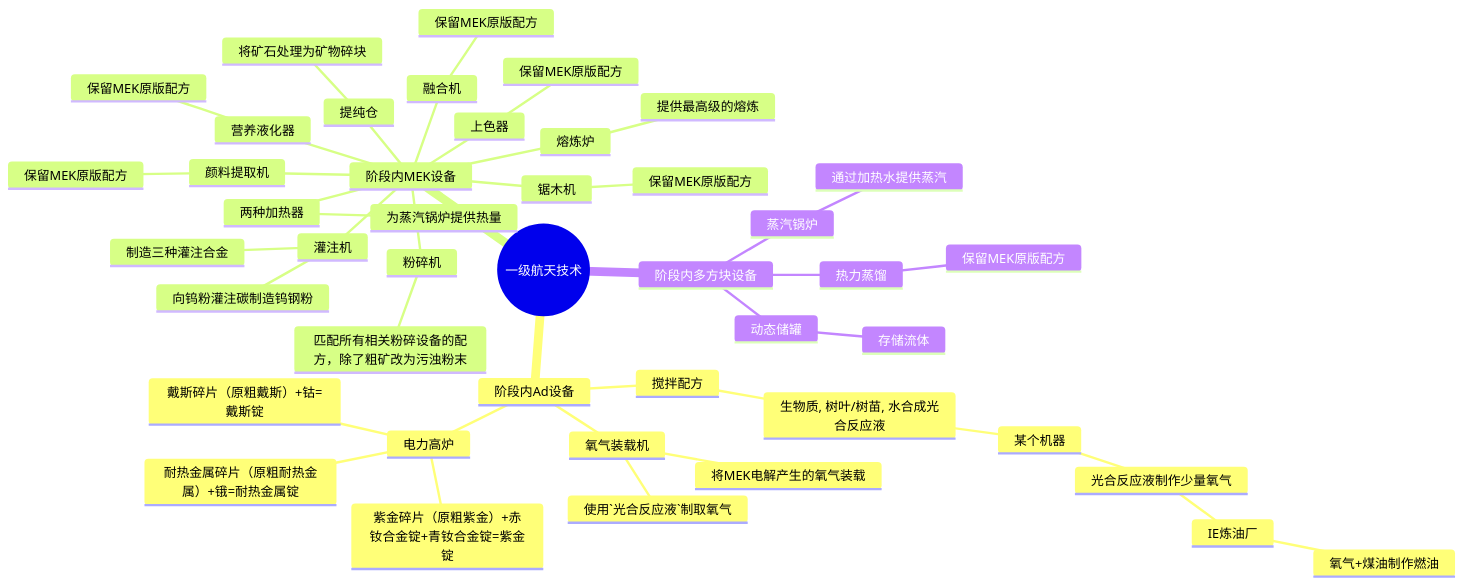
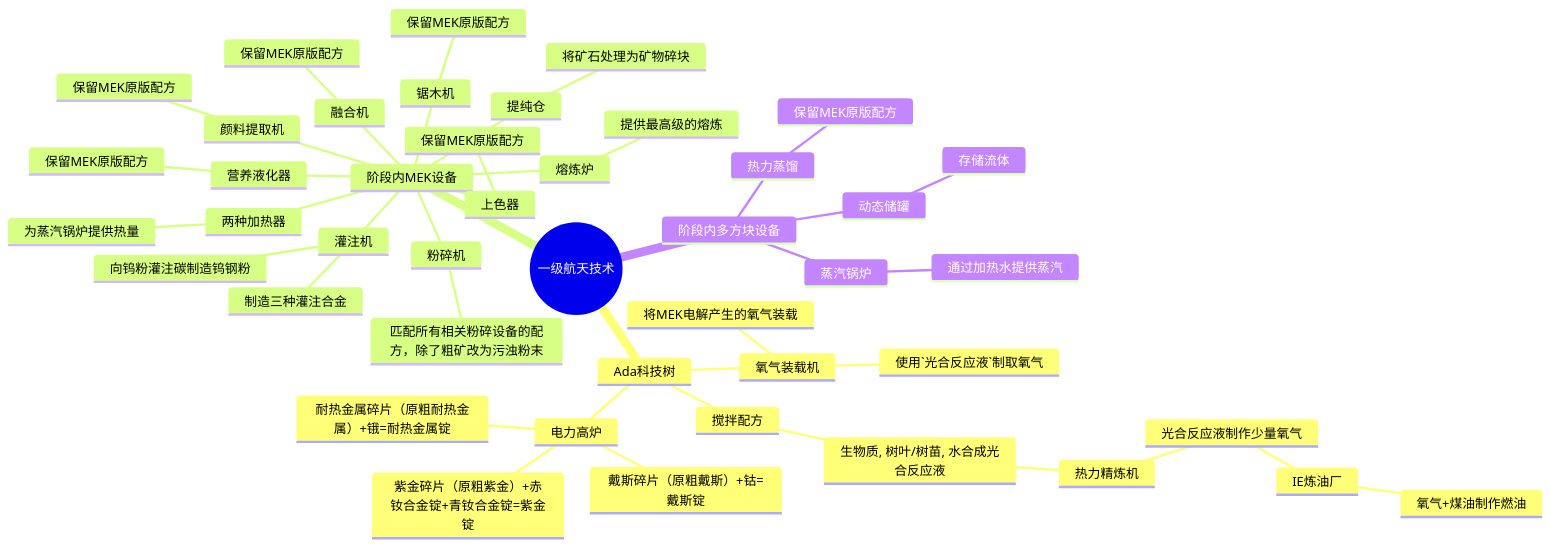
Before and after one commit to VechniMetel/CodeNameCIM2: the first of 4 diagrams in Developer/TechTreeMap.md, drawn with Mermaid.

````diff
--- a/Developer/TechTreeMap.md
+++ b/Developer/TechTreeMap.md
@@ -2,47 +2,47 @@
 ``` mermaid
 mindmap
     root((一级航天技术))
-        阶段内Ad设备
+        Ada科技树
             搅拌配方
                 生物质, 树叶/树苗, 水合成光合反应液
-                    某个机器
+                    热力精炼机
                         光合反应液制作少量氧气
                             IE炼油厂
                                 氧气+煤油制作燃油
             氧气装载机
                 使用`光合反应液`制取氧气
                 将MEK电解产生的氧气装载
             电力高炉
                 戴斯碎片（原粗戴斯）+钴=戴斯锭
                 紫金碎片（原粗紫金）+赤钕合金锭+青钕合金锭=紫金锭
                 耐热金属碎片（原粗耐热金属）+锇=耐热金属锭
         阶段内MEK设备
             提纯仓
                 将矿石处理为矿物碎块
             灌注机
                 向钨粉灌注碳制造钨钢粉
                 制造三种灌注合金
             熔炼炉
                 提供最高级的熔炼
             锯木机
                 保留MEK原版配方
             营养液化器
                 保留MEK原版配方
             粉碎机
                 匹配所有相关粉碎设备的配方，除了粗矿改为污浊粉末
             融合机
                 保留MEK原版配方
             颜料提取机
                 保留MEK原版配方
             上色器
                 保留MEK原版配方
             两种加热器
                 为蒸汽锅炉提供热量
         阶段内多方块设备
             蒸汽锅炉
                 通过加热水提供蒸汽
             动态储罐
                 存储流体
             热力蒸馏
                 保留MEK原版配方
 ```
````
